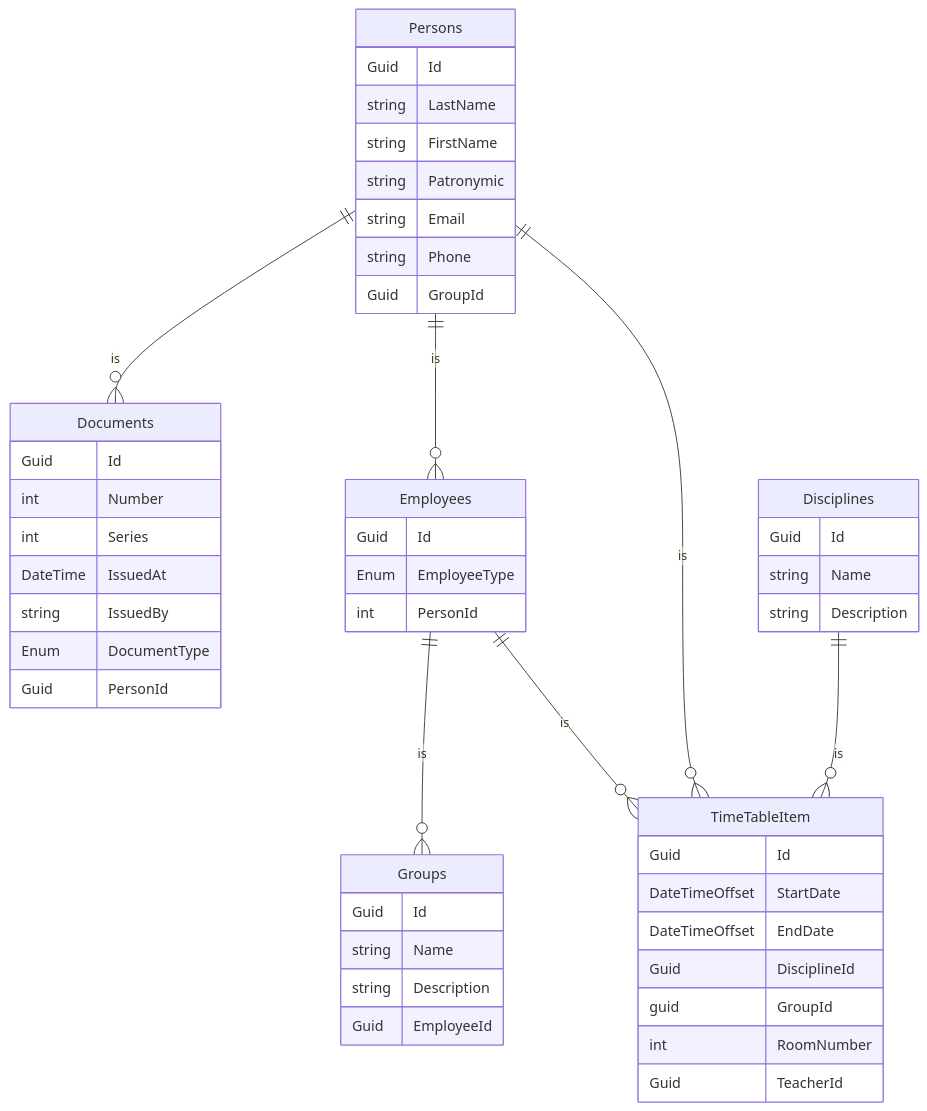
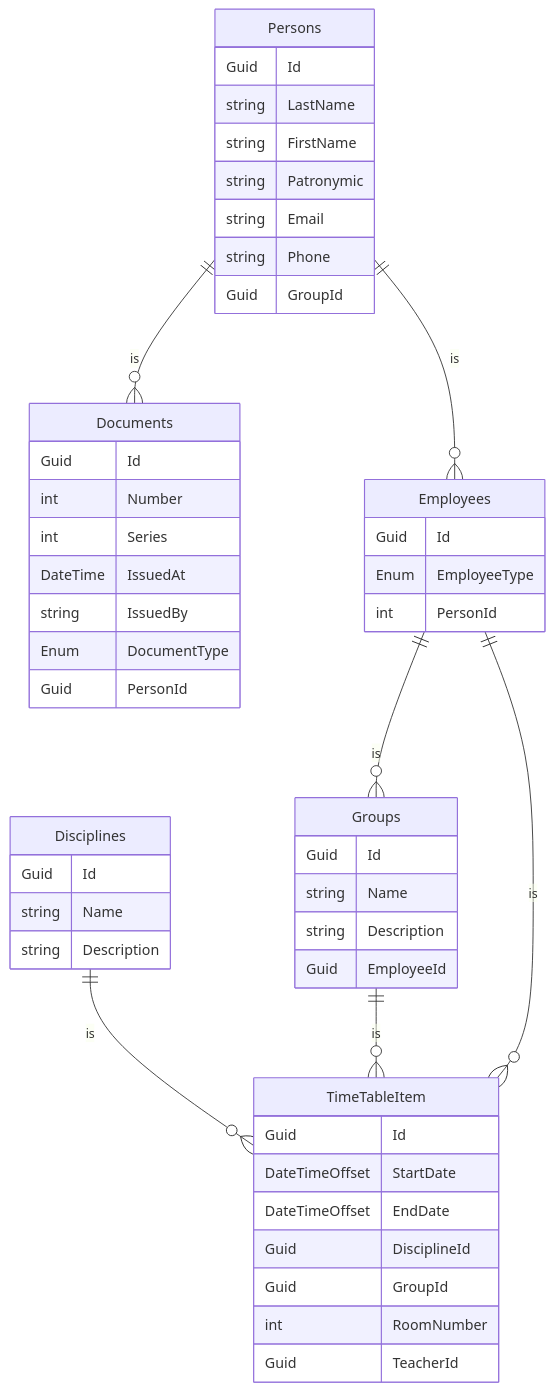
One commit to SlavaNik16/Accessories_PC_Nik_Api changed the diagram in README.md. Above: the diagram before and after it, drawn with Mermaid.

````diff
--- a/README.md
+++ b/README.md
@@ -5,58 +5,58 @@
 ```mermaid
 erDiagram
 
     Persons {
         Guid Id
         string LastName
         string FirstName
         string Patronymic
         string Email
         string Phone
         Guid GroupId
     }
     
     Documents {
         Guid Id
         int Number
         int Series
         DateTime IssuedAt
         string IssuedBy
         Enum DocumentType
         Guid PersonId
     }
     
     Disciplines {
             Guid Id
             string Name
             string Description
     }
     
     Employees {
         Guid Id
         Enum EmployeeType
         int PersonId
     }
 
     Groups {
                 Guid Id
                 string Name
                 string Description
                 Guid EmployeeId
     }
 
      TimeTableItem {
             Guid Id
             DateTimeOffset StartDate
             DateTimeOffset EndDate
             Guid DisciplineId
-            guid GroupId
+            Guid GroupId
             int RoomNumber
             Guid TeacherId
     }
     Persons ||--o{ Documents: is
     Persons ||--o{ Employees: is
     Employees ||--o{ Groups: is
     Disciplines ||--o{ TimeTableItem: is
-    Persons ||--o{ TimeTableItem: is
+    Groups ||--o{ TimeTableItem: is
     Employees ||--o{ TimeTableItem: is
 ```
````
